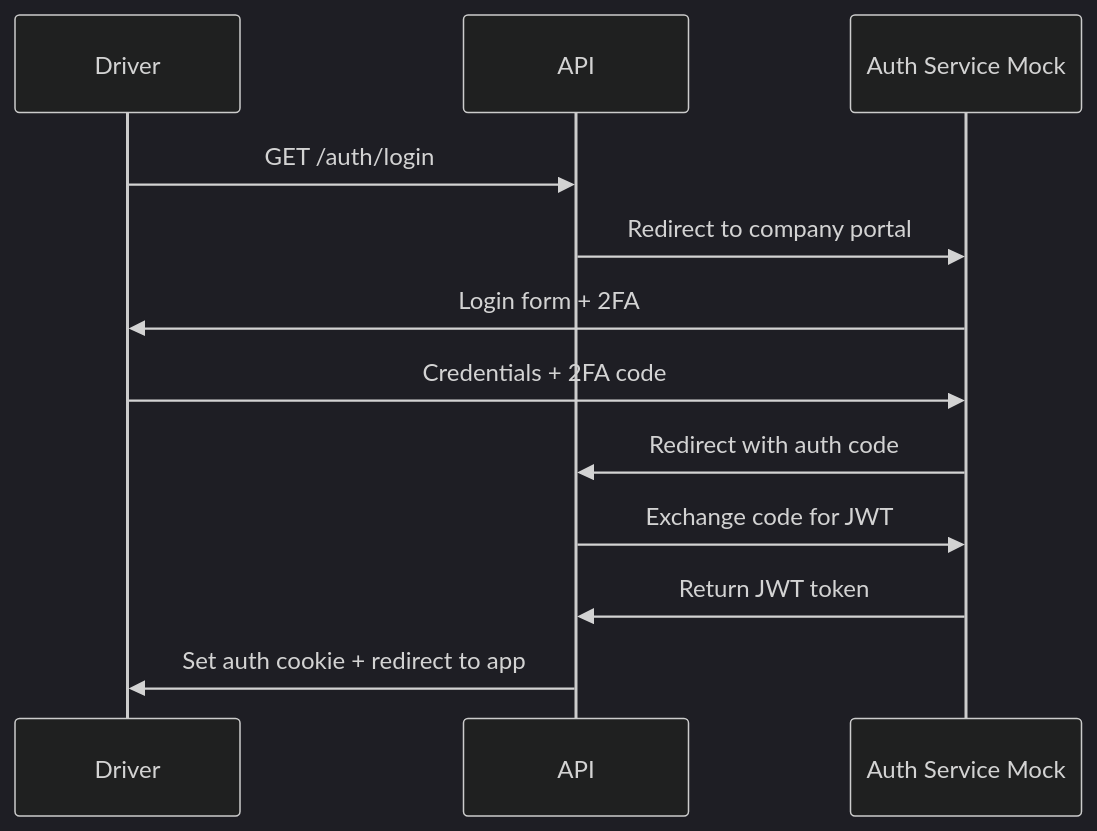
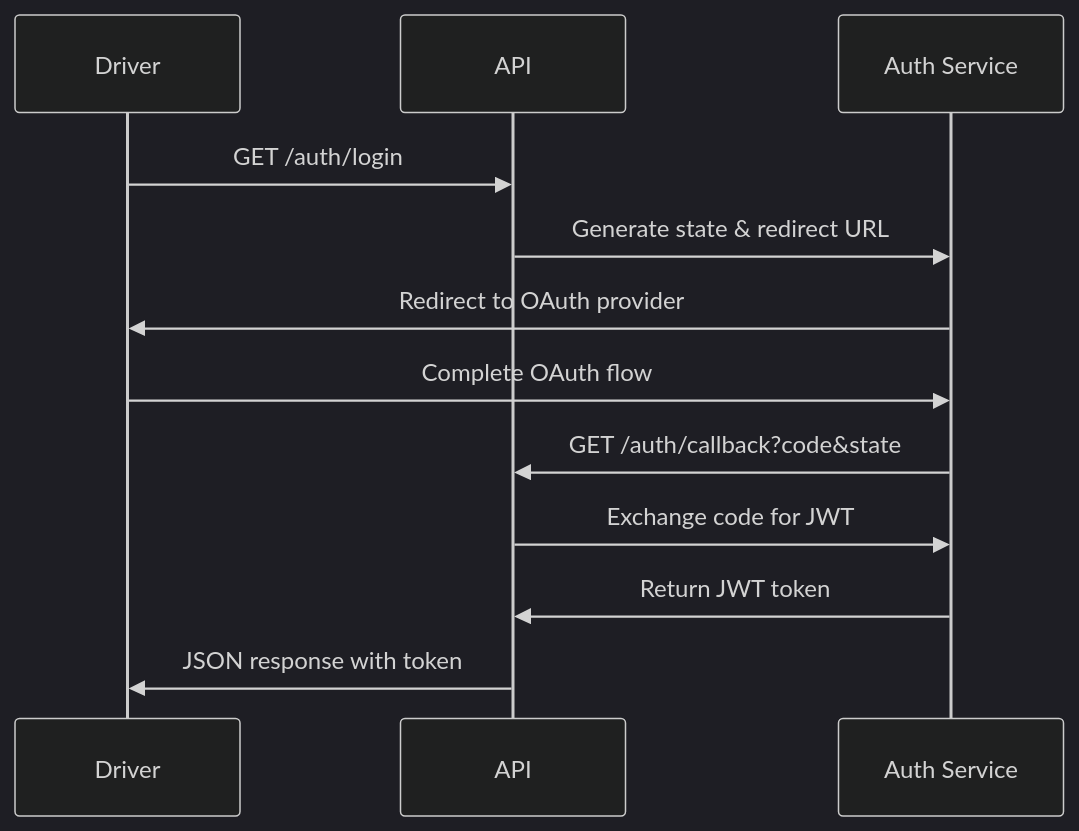
One commit to mashabek/ackee_box changed the second of 5 diagrams in architecture.md. Above: the diagram before and after it, drawn with Mermaid (dark theme). The commit also changed other lines of this file and 2 other files, not shown here.

Commit message:
update readme & architecture

````diff
--- a/architecture.md
+++ b/architecture.md
@@ -95,15 +102,15 @@
 ```mermaid
 sequenceDiagram
     participant Driver
     participant API
-    participant AuthMock as Auth Service Mock
+    participant AuthService as Auth Service
     
     Driver->>API: GET /auth/login
-    API->>AuthMock: Redirect to company portal
-    AuthMock->>Driver: Login form + 2FA
-    Driver->>AuthMock: Credentials + 2FA code
-    AuthMock->>API: Redirect with auth code
-    API->>AuthMock: Exchange code for JWT
-    AuthMock->>API: Return JWT token
-    API->>Driver: Set auth cookie + redirect to app
+    API->>AuthService: Generate state & redirect URL
+    AuthService->>Driver: Redirect to OAuth provider
+    Driver->>AuthService: Complete OAuth flow
+    AuthService->>API: GET /auth/callback?code&state
+    API->>AuthService: Exchange code for JWT
+    AuthService->>API: Return JWT token
+    API->>Driver: JSON response with token
 ```
````
